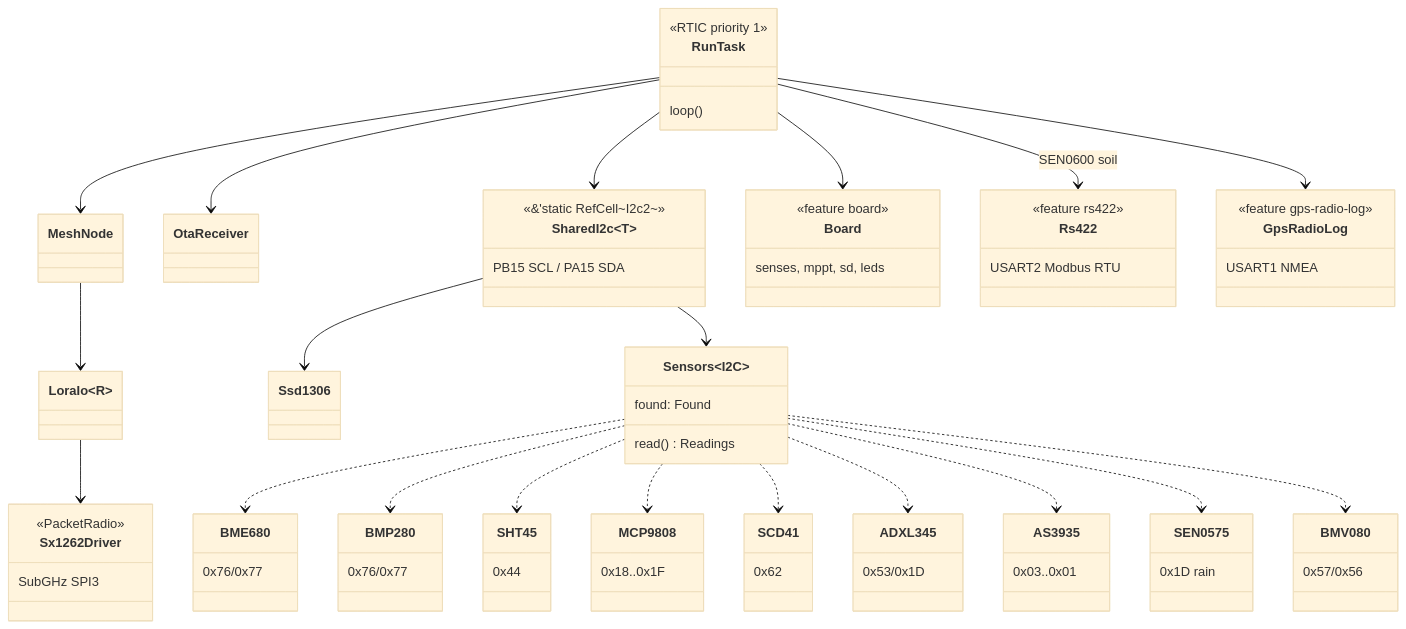
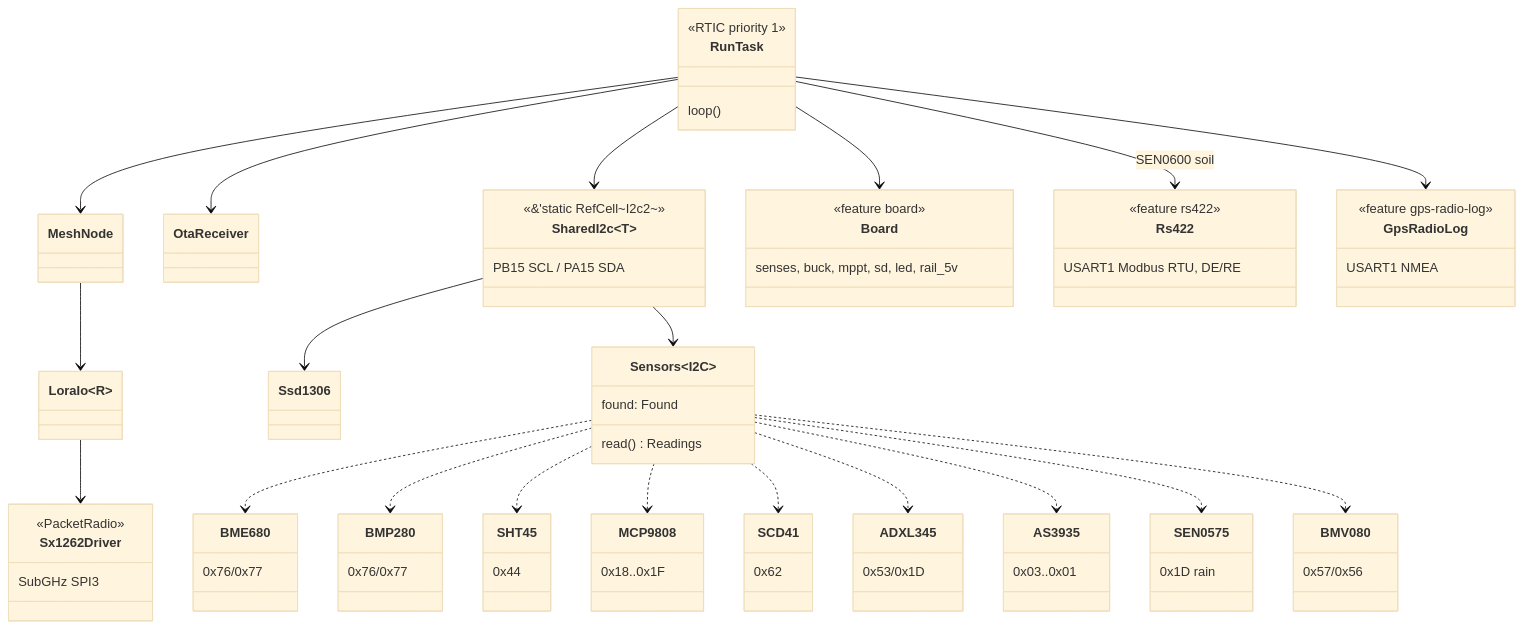
Before and after one commit to tmpk13/long-range-radio-rs: the diagram in ARCHITECTURE.md, drawn with Mermaid (base theme). The commit also changed other lines of this file and 13 other files, not shown here.

````diff
--- a/ARCHITECTURE.md
+++ b/ARCHITECTURE.md
@@ -12,65 +12,65 @@
 ```mermaid
 classDiagram
     class RunTask {
         <<RTIC priority 1>>
         loop()
     }
     class MeshNode
     class LoraIo~R~
     class Sx1262Driver {
         <<PacketRadio>>
         SubGHz SPI3
     }
     class OtaReceiver
     class SharedI2c~T~ {
         <<&'static RefCell~I2c2~>>
         PB15 SCL / PA15 SDA
     }
     class Ssd1306
     class Sensors~I2C~ {
         found: Found
         read() Readings
     }
     class Board {
         <<feature board>>
-        senses, mppt, sd, leds
+        senses, buck, mppt, sd, led, rail_5v
     }
     class Rs422 {
         <<feature rs422>>
-        USART2 Modbus RTU
+        USART1 Modbus RTU, DE/RE
     }
     class GpsRadioLog {
         <<feature gps-radio-log>>
         USART1 NMEA
     }
 
     RunTask --> MeshNode
     RunTask --> OtaReceiver
     RunTask --> Board
     RunTask --> Rs422 : SEN0600 soil
     RunTask --> GpsRadioLog
     MeshNode --> LoraIo
     LoraIo --> Sx1262Driver
     RunTask --> SharedI2c
     SharedI2c --> Ssd1306
     SharedI2c --> Sensors
     Sensors ..> BME680
     Sensors ..> BMP280
     Sensors ..> SHT45
     Sensors ..> MCP9808
     Sensors ..> SCD41
     Sensors ..> ADXL345
     Sensors ..> AS3935
     Sensors ..> SEN0575
     Sensors ..> BMV080
 
     class BME680 { 0x76/0x77 }
     class BMP280 { 0x76/0x77 }
     class SHT45 { 0x44 }
     class MCP9808 { 0x18..0x1F }
     class SCD41 { 0x62 }
     class ADXL345 { 0x53/0x1D }
     class AS3935 { 0x03..0x01 }
     class SEN0575 { 0x1D rain }
     class BMV080 { 0x57/0x56 }
 ```
````
